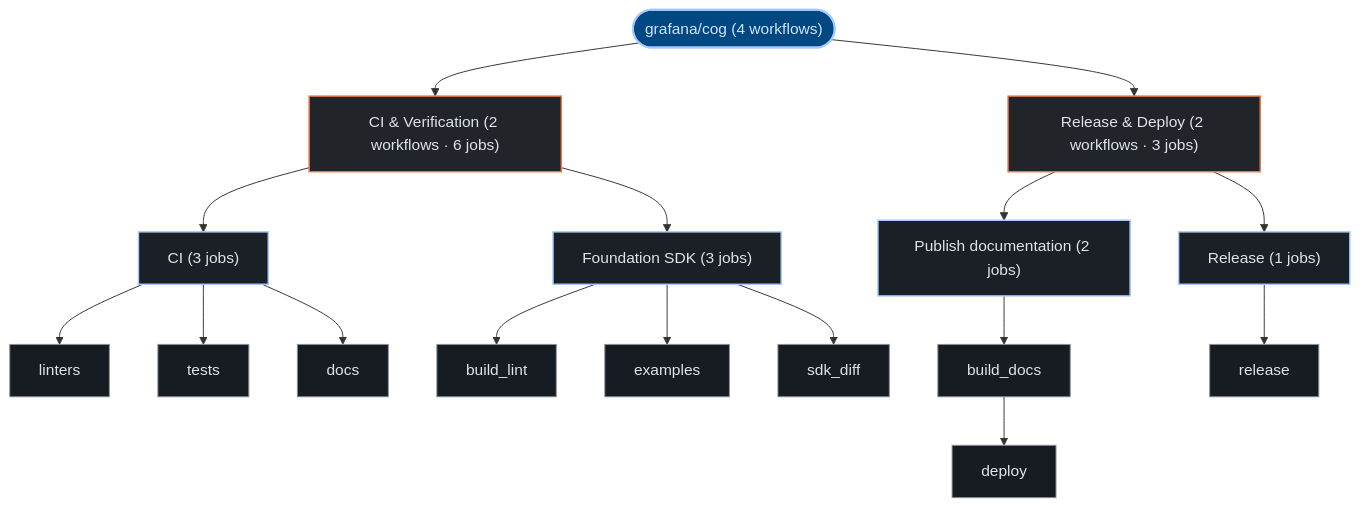
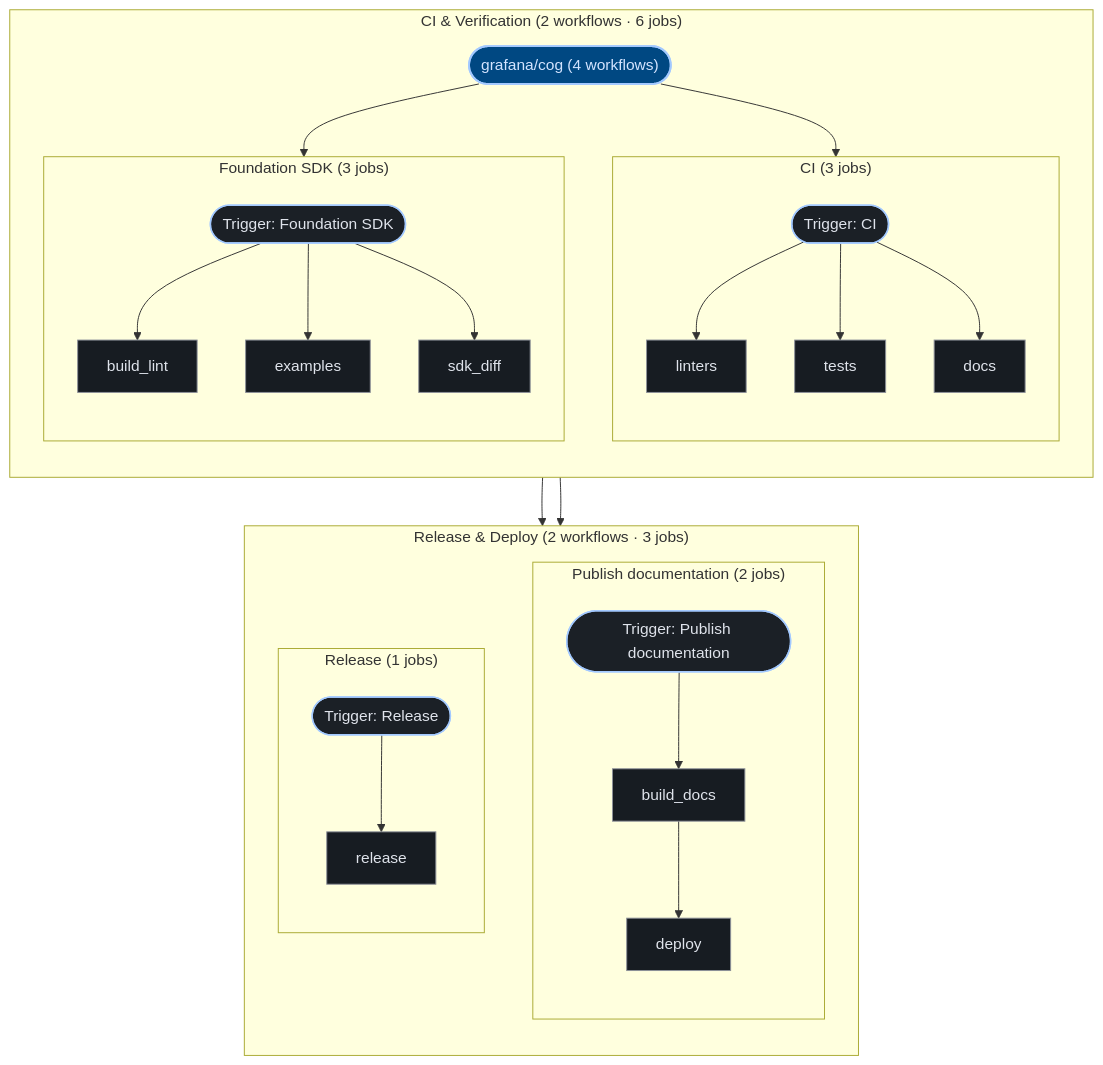
One commit to kumarshaz/atruss-code-atlas changed the third of 3 diagrams in exports/latest/reports/grafana-cog-report.md. Above: the diagram before and after it, drawn with Mermaid. The commit also changed 181 other files, not shown here.

````diff
--- a/exports/latest/reports/grafana-cog-report.md
+++ b/exports/latest/reports/grafana-cog-report.md
@@ -236,41 +236,55 @@
 ```mermaid
 graph TD;
   classDef atlasRoot fill:#004882,stroke:#a3c9ff,stroke-width:2px,color:#d3e4ff
   classDef atlasCategory fill:#212428,stroke:#E87A48,stroke-width:1.5px,color:#dfe3eb
   classDef atlasWorkflow fill:#1b2026,stroke:#a3c9ff,stroke-width:1.5px,color:#dfe3eb
   classDef atlasJob fill:#171c22,stroke:#8d9199,stroke-width:1px,color:#dfe3eb
   classDef atlasTarget fill:#005227,stroke:#8bd99b,stroke-width:1.5px,color:#a7f6b6
   classDef atlasAlert fill:#93000a,stroke:#ffb4ab,stroke-width:1.5px,color:#ffdad6
   classDef atlasMore fill:#252a31,stroke:#8d9199,stroke-dasharray:4 4,color:#c3c6cf
   pipeline_root(["grafana/cog (4 workflows)"]):::atlasRoot
-  grp_0_CI___Verification["CI & Verification (2 workflows · 6 jobs)"]:::atlasCategory
-  pipeline_root --> grp_0_CI___Verification
-  wf_0_CI["CI (3 jobs)"]:::atlasWorkflow
-  grp_0_CI___Verification --> wf_0_CI
-  job_0_linters["linters"]:::atlasJob
-  job_0_tests["tests"]:::atlasJob
-  job_0_docs["docs"]:::atlasJob
-  wf_0_CI --> job_0_linters
-  wf_0_CI --> job_0_tests
-  wf_0_CI --> job_0_docs
-  wf_2_Foundation_SDK["Foundation SDK (3 jobs)"]:::atlasWorkflow
-  grp_0_CI___Verification --> wf_2_Foundation_SDK
-  job_2_build_lint["build_lint"]:::atlasJob
-  job_2_examples["examples"]:::atlasJob
-  job_2_sdk_diff["sdk_diff"]:::atlasJob
-  wf_2_Foundation_SDK --> job_2_build_lint
-  wf_2_Foundation_SDK --> job_2_examples
-  wf_2_Foundation_SDK --> job_2_sdk_diff
-  grp_1_Release___Deploy["Release & Deploy (2 workflows · 3 jobs)"]:::atlasCategory
-  pipeline_root --> grp_1_Release___Deploy
-  wf_1_Publish_documentation["Publish documentation (2 jobs)"]:::atlasWorkflow
-  grp_1_Release___Deploy --> wf_1_Publish_documentation
-  job_1_build_docs["build_docs"]:::atlasJob
-  job_1_deploy["deploy"]:::atlasJob
-  wf_1_Publish_documentation --> job_1_build_docs
-  job_1_build_docs --> job_1_deploy
-  wf_3_Release["Release (1 jobs)"]:::atlasWorkflow
-  grp_1_Release___Deploy --> wf_3_Release
-  job_3_release["release"]:::atlasJob
-  wf_3_Release --> job_3_release
+  subgraph sg_grp_0_CI___Verification["CI & Verification (2 workflows · 6 jobs)"]
+    direction TB
+    subgraph sg_wf_0_CI["CI (3 jobs)"]
+      direction TB
+      wf_0_CI(["Trigger: CI"]):::atlasWorkflow
+      job_0_linters["linters"]:::atlasJob
+      job_0_tests["tests"]:::atlasJob
+      job_0_docs["docs"]:::atlasJob
+      wf_0_CI --> job_0_linters
+      wf_0_CI --> job_0_tests
+      wf_0_CI --> job_0_docs
+    end
+    pipeline_root --> wf_0_CI
+    subgraph sg_wf_2_Foundation_SDK["Foundation SDK (3 jobs)"]
+      direction TB
+      wf_2_Foundation_SDK(["Trigger: Foundation SDK"]):::atlasWorkflow
+      job_2_build_lint["build_lint"]:::atlasJob
+      job_2_examples["examples"]:::atlasJob
+      job_2_sdk_diff["sdk_diff"]:::atlasJob
+      wf_2_Foundation_SDK --> job_2_build_lint
+      wf_2_Foundation_SDK --> job_2_examples
+      wf_2_Foundation_SDK --> job_2_sdk_diff
+    end
+    pipeline_root --> wf_2_Foundation_SDK
+  end
+  subgraph sg_grp_1_Release___Deploy["Release & Deploy (2 workflows · 3 jobs)"]
+    direction TB
+    subgraph sg_wf_1_Publish_documentation["Publish documentation (2 jobs)"]
+      direction TB
+      wf_1_Publish_documentation(["Trigger: Publish documentation"]):::atlasWorkflow
+      job_1_build_docs["build_docs"]:::atlasJob
+      job_1_deploy["deploy"]:::atlasJob
+      wf_1_Publish_documentation --> job_1_build_docs
+      job_1_build_docs --> job_1_deploy
+    end
+    pipeline_root --> wf_1_Publish_documentation
+    subgraph sg_wf_3_Release["Release (1 jobs)"]
+      direction TB
+      wf_3_Release(["Trigger: Release"]):::atlasWorkflow
+      job_3_release["release"]:::atlasJob
+      wf_3_Release --> job_3_release
+    end
+    pipeline_root --> wf_3_Release
+  end
 ```
````
